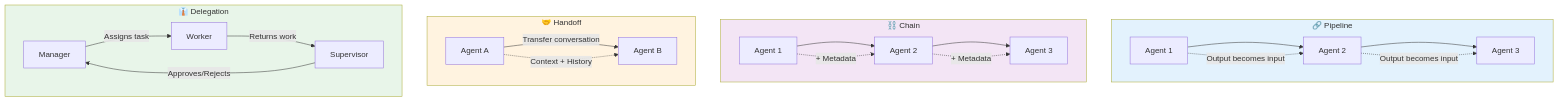
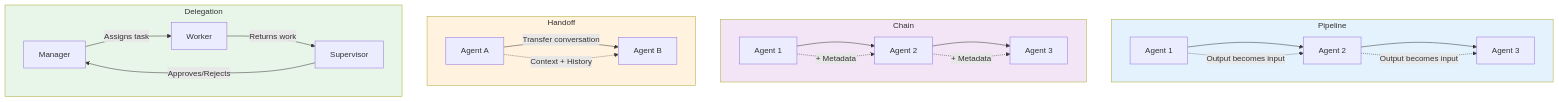
One commit to HelgeSverre/pagent changed the first of 9 diagrams in docs/orchestration-workflows.md. Above: the diagram before and after it, drawn with Mermaid. The commit also changed other lines of this file and 239 other files, not shown here.

````diff
--- a/docs/orchestration-workflows.md
+++ b/docs/orchestration-workflows.md
@@ -16,30 +20,30 @@
 ```mermaid
 graph TB
-    subgraph Pipeline["🔗 Pipeline"]
+    subgraph Pipeline["Pipeline"]
         P1[Agent 1] --> P2[Agent 2] --> P3[Agent 3]
         P1 -.->|"Output becomes input"| P2
         P2 -.->|"Output becomes input"| P3
     end
 
-    subgraph Chain["⛓️ Chain"]
+    subgraph Chain["Chain"]
         C1[Agent 1] --> C2[Agent 2] --> C3[Agent 3]
         C1 -.->|"+ Metadata"| C2
         C2 -.->|"+ Metadata"| C3
     end
 
-    subgraph Handoff["🤝 Handoff"]
+    subgraph Handoff["Handoff"]
         H1[Agent A] -->|"Transfer conversation"| H2[Agent B]
         H1 -.->|"Context + History"| H2
     end
 
-    subgraph Delegation["👔 Delegation"]
+    subgraph Delegation["Delegation"]
         D1[Manager] -->|"Assigns task"| D2[Worker]
         D2 -->|"Returns work"| D3[Supervisor]
         D3 -->|"Approves/Rejects"| D1
     end
 
     style Pipeline fill:#e3f2fd
     style Chain fill:#f3e5f5
     style Handoff fill:#fff3e0
     style Delegation fill:#e8f5e9
 ```
````
